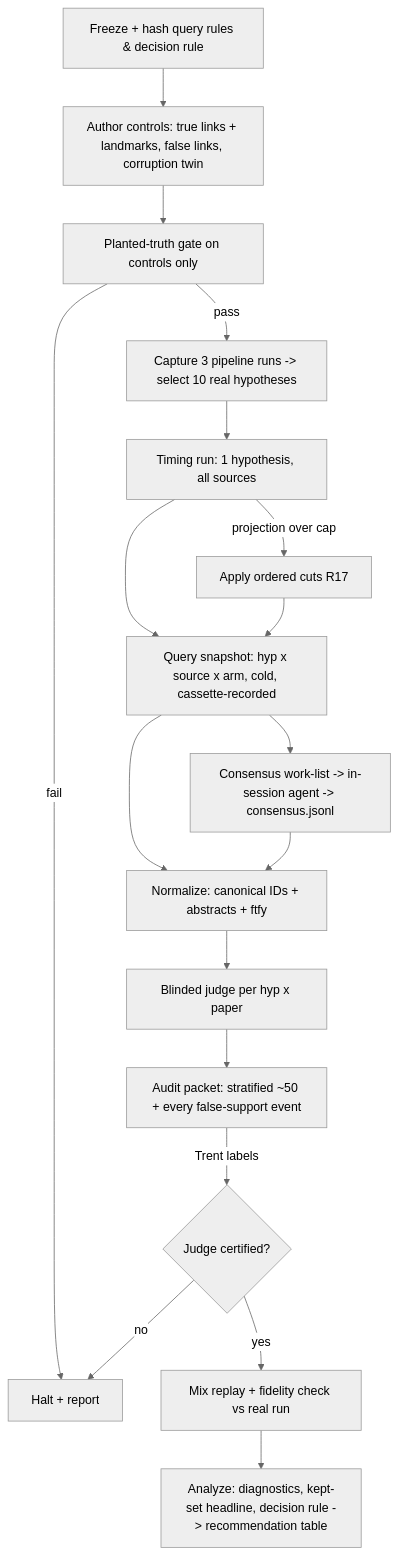
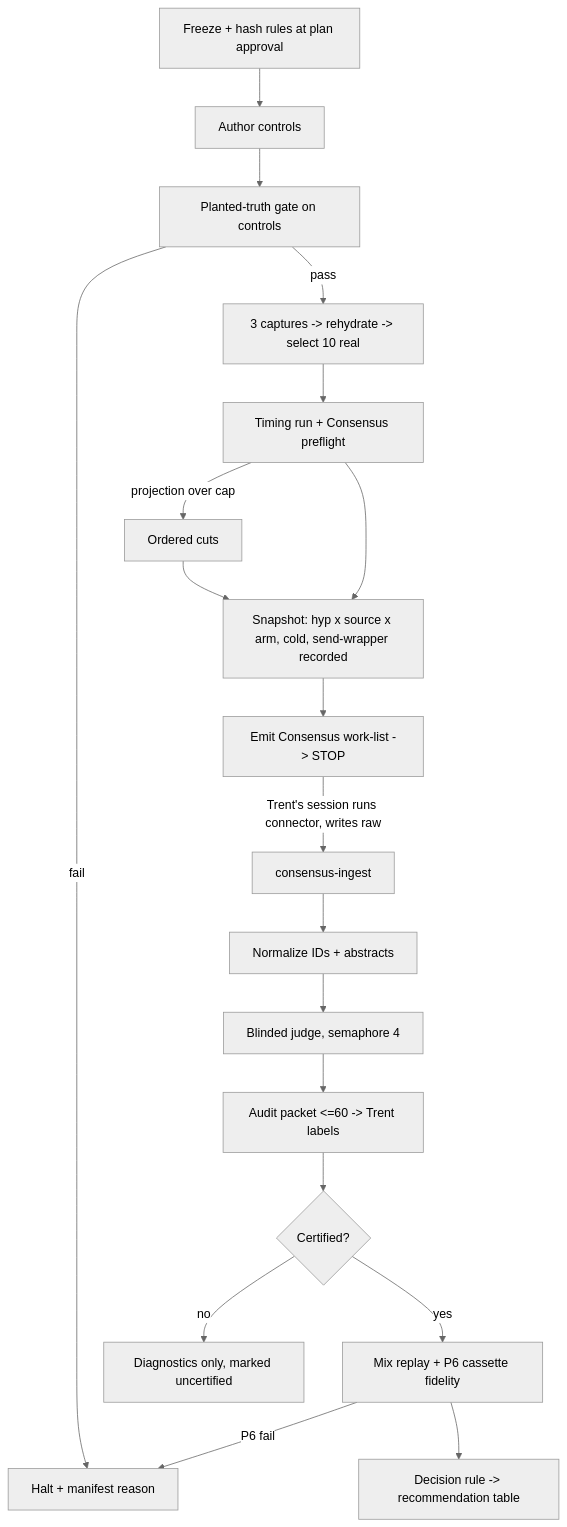
Before and after one commit to trentleslie/kraken-chatbot: the diagram in docs/plans/2026-11-11-001-feat-literature-source-comparison-plan.md, drawn with Mermaid (neutral theme). The commit also changed other lines of this file, not shown here.

First line of the commit message:
docs(plan): integrate document-review findings (lit-source spike)

````diff
--- a/docs/plans/2026-11-11-001-feat-literature-source-comparison-plan.md
+++ b/docs/plans/2026-11-11-001-feat-literature-source-comparison-plan.md
@@ -171,20 +215,21 @@
 ```mermaid
 flowchart TD
-  F[Freeze + hash query rules & decision rule] --> C[Author controls: true links + landmarks, false links, corruption twin]
-  C --> P[Planted-truth gate on controls only]
-  P -->|fail| HALT[Halt + report]
-  P -->|pass| K[Capture 3 pipeline runs -> select 10 real hypotheses]
-  K --> T[Timing run: 1 hypothesis, all sources]
-  T -->|projection over cap| CUT[Apply ordered cuts R17]
-  T --> Q[Query snapshot: hyp x source x arm, cold, cassette-recorded]
+  F[Freeze + hash rules at plan approval] --> C[Author controls]
+  C --> P[Planted-truth gate on controls]
+  P -->|fail| HALT[Halt + manifest reason]
+  P -->|pass| K[3 captures -> rehydrate -> select 10 real]
+  K --> T[Timing run + Consensus preflight]
+  T -->|projection over cap| CUT[Ordered cuts]
+  T --> Q[Snapshot: hyp x source x arm, cold, send-wrapper recorded]
   CUT --> Q
-  Q --> CS[Consensus work-list -> in-session agent -> consensus.jsonl]
-  Q --> N[Normalize: canonical IDs + abstracts + ftfy]
-  CS --> N
-  N --> J[Blinded judge per hyp x paper]
-  J --> A[Audit packet: stratified ~50 + every false-support event]
-  A -->|Trent labels| CERT{Judge certified?}
-  CERT -->|no| HALT
-  CERT -->|yes| M[Mix replay + fidelity check vs real run]
-  M --> R[Analyze: diagnostics, kept-set headline, decision rule -> recommendation table]
+  Q --> W[Emit Consensus work-list -> STOP]
+  W -->|Trent's session runs connector, writes raw| CI[consensus-ingest]
+  CI --> N[Normalize IDs + abstracts]
+  N --> J[Blinded judge, semaphore 4]
+  J --> A[Audit packet <=60 -> Trent labels]
+  A --> CERT{Certified?}
+  CERT -->|no| D[Diagnostics only, marked uncertified]
+  CERT -->|yes| M[Mix replay + P6 cassette fidelity]
+  M -->|P6 fail| HALT
+  M --> R[Decision rule -> recommendation table]
 ```
````
